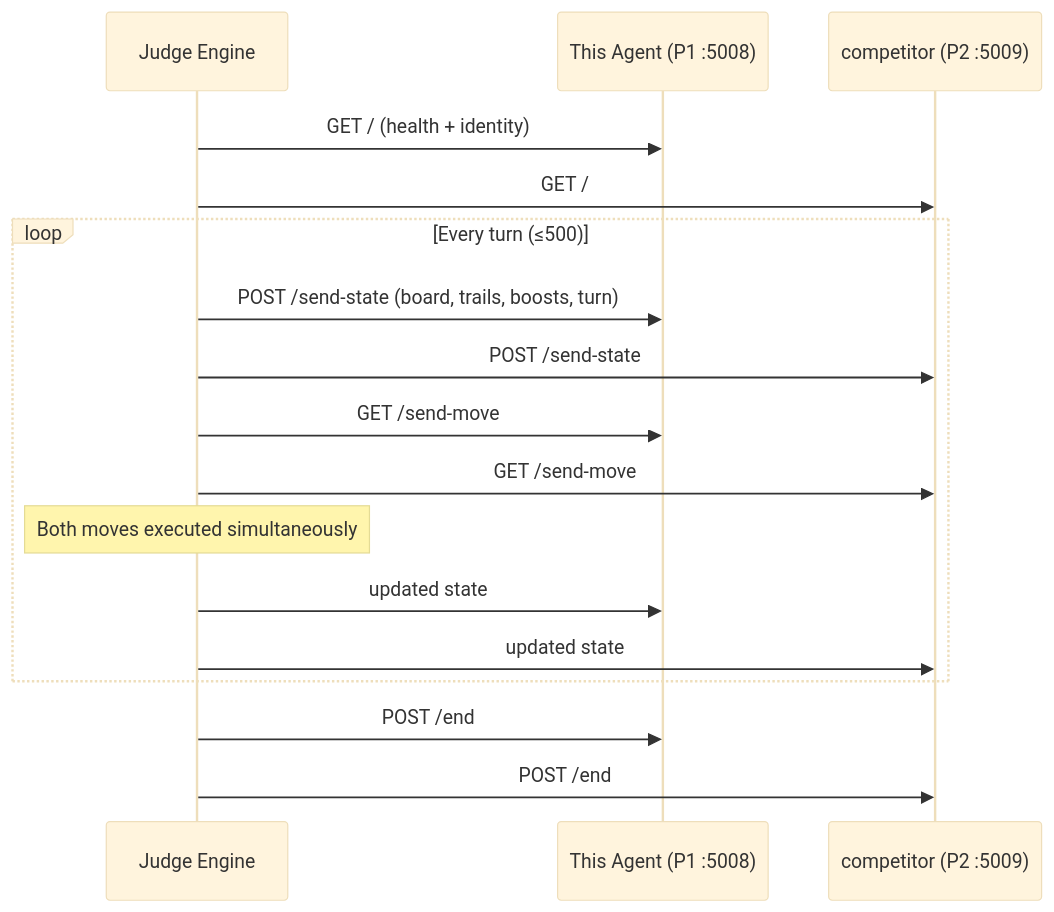
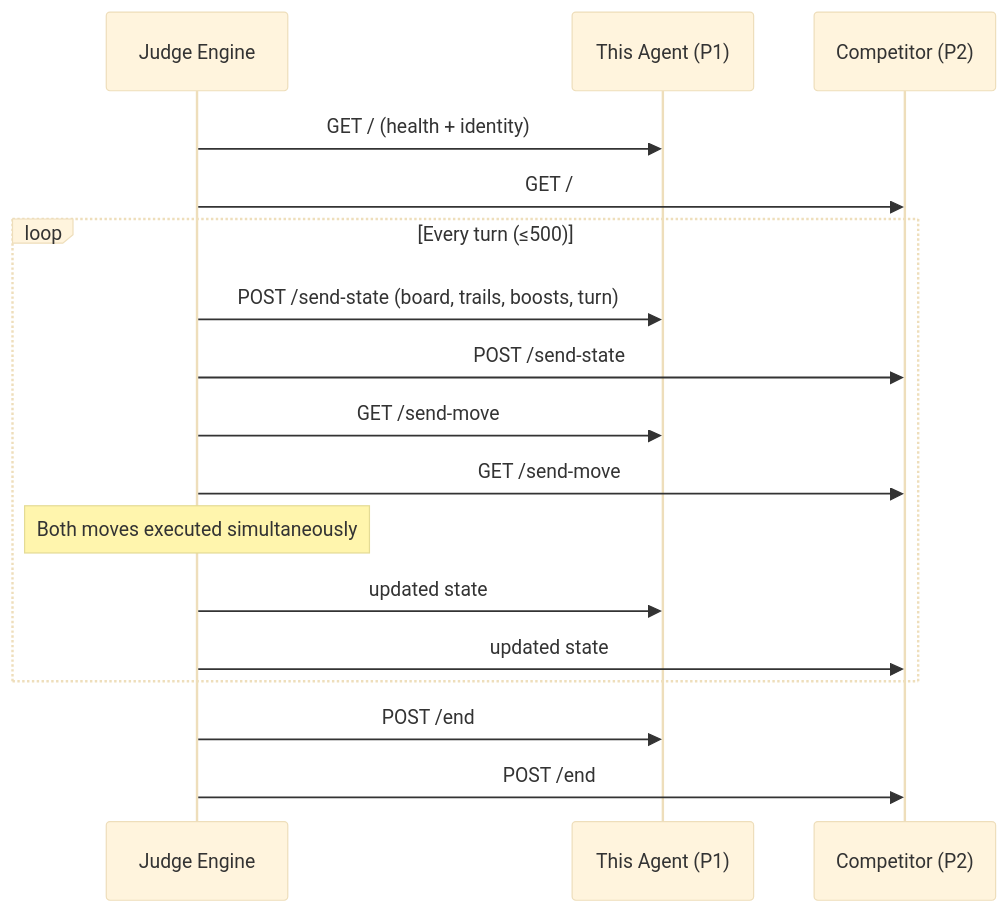
Before and after one commit to PranavUttarkar/Case-Closed-Competition--Voronoi-Territorial-Player: the diagram in README.md, drawn with Mermaid (base theme).

Commit message:
ReadMe Update
Updated participant names in the sequence diagram for clarity.

````diff
--- a/README.md
+++ b/README.md
@@ -13,20 +13,20 @@
 ```mermaid
 sequenceDiagram
     participant J as Judge Engine
-    participant A1 as This Agent (P1 :5008)
-    participant A2 as competitor (P2 :5009)
+    participant A1 as This Agent (P1)
+    participant A2 as Competitor (P2)
 
     J->>A1: GET /  (health + identity)
     J->>A2: GET /
     loop Every turn (≤500)
         J->>A1: POST /send-state  (board, trails, boosts, turn)
         J->>A2: POST /send-state
         J->>A1: GET /send-move
         J->>A2: GET /send-move
         Note over J: Both moves executed simultaneously
         J->>A1: updated state
         J->>A2: updated state
     end
     J->>A1: POST /end
     J->>A2: POST /end
 ```
````
